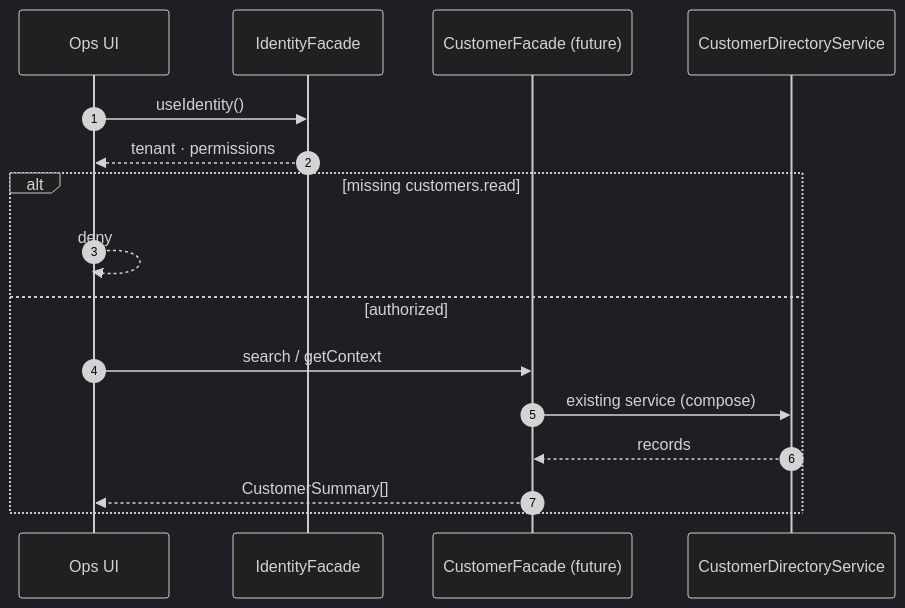
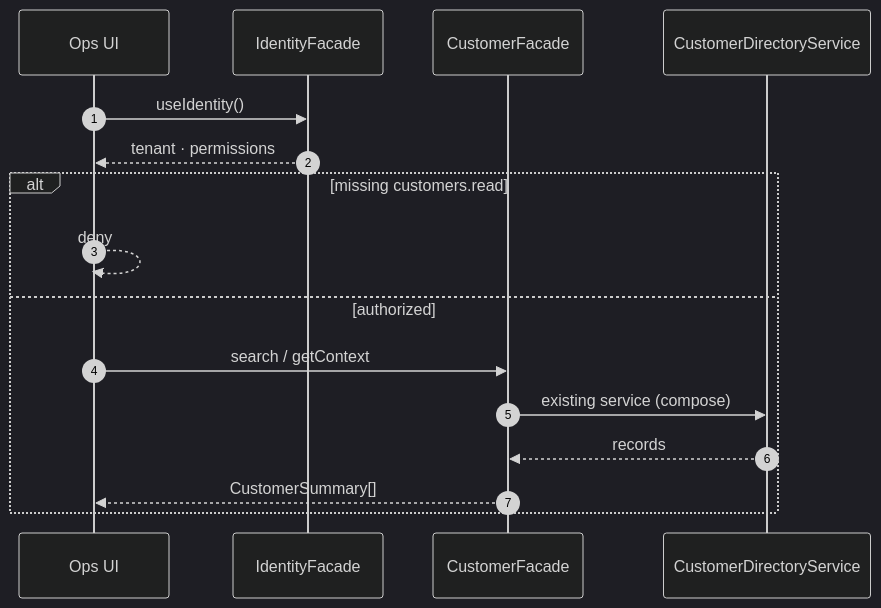
Before and after one commit to losrealesplus/YourMeal-OS: the second of 3 diagrams in docs/05-architecture/CUSTOMER_CAPABILITY.md, drawn with Mermaid (dark theme). The commit also changed other lines of this file and 14 other files, not shown here.

First line of the commit message:
OPERATIONAL-002: Customer Facade (ADR 0059)

````diff
--- a/docs/05-architecture/CUSTOMER_CAPABILITY.md
+++ b/docs/05-architecture/CUSTOMER_CAPABILITY.md
@@ -310,19 +315,19 @@
 ```mermaid
 sequenceDiagram
   autonumber
   participant UI as Ops UI
   participant Id as IdentityFacade
-  participant Cust as CustomerFacade (future)
+  participant Cust as CustomerFacade
   participant Dir as CustomerDirectoryService
 
   UI->>Id: useIdentity()
   Id-->>UI: tenant · permissions
   alt missing customers.read
     UI-->>UI: deny
   else authorized
     UI->>Cust: search / getContext
     Cust->>Dir: existing service (compose)
     Dir-->>Cust: records
     Cust-->>UI: CustomerSummary[]
   end
 ```
````
